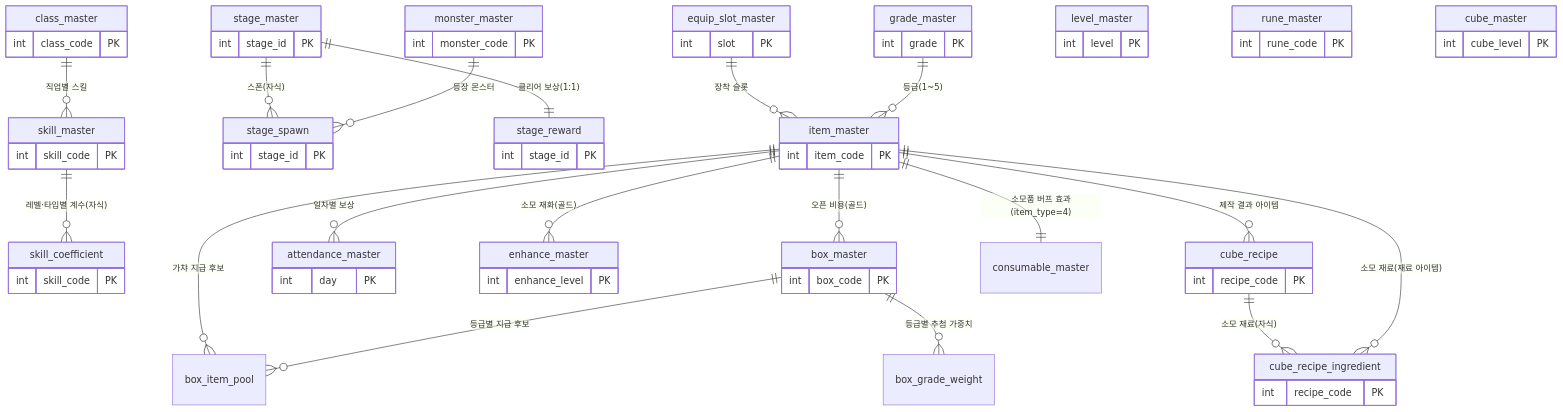
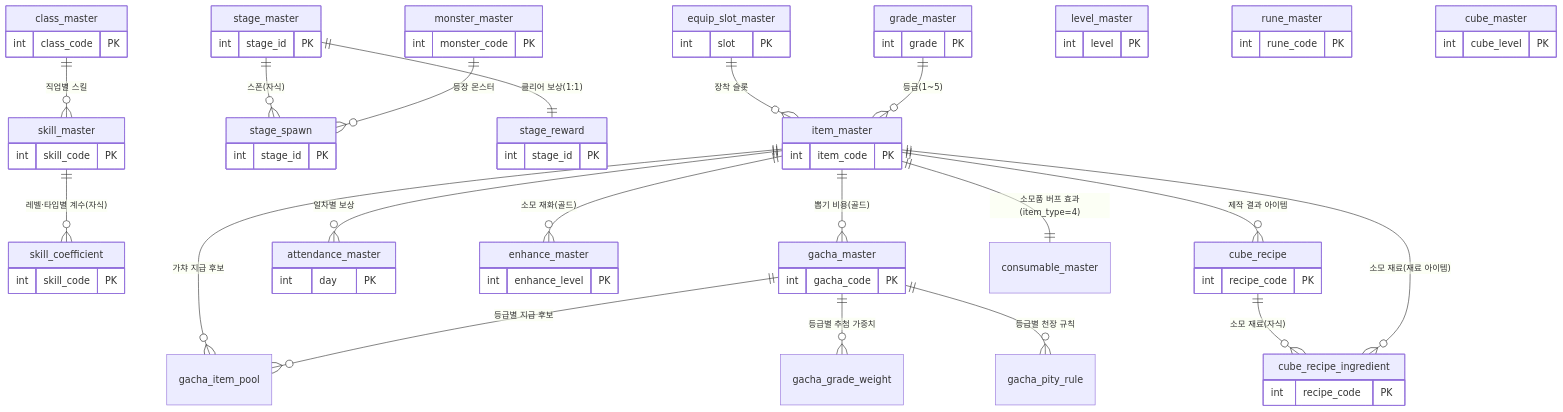
The diagram in docs/세부/master-data/master-data-기획서.md (ks-wook/com2us-taskbar-hero), drawn with Mermaid before and after one commit. The commit also changed other lines of this file and 13 other files, not shown here.

````diff
--- a/docs/세부/master-data/master-data-기획서.md
+++ b/docs/세부/master-data/master-data-기획서.md
@@ -61,39 +61,40 @@
 ```mermaid
 erDiagram
     class_master     ||--o{ skill_master      : "직업별 스킬"
     skill_master     ||--o{ skill_coefficient : "레벨·타입별 계수(자식)"
     stage_master     ||--o{ stage_spawn        : "스폰(자식)"
     monster_master   ||--o{ stage_spawn        : "등장 몬스터"
     stage_master     ||--|| stage_reward       : "클리어 보상(1:1)"
-    item_master      ||--o{ box_item_pool      : "가챠 지급 후보"
-    box_master       ||--o{ box_grade_weight   : "등급별 추첨 가중치"
-    box_master       ||--o{ box_item_pool      : "등급별 지급 후보"
+    item_master      ||--o{ gacha_item_pool    : "가챠 지급 후보"
+    gacha_master     ||--o{ gacha_grade_weight : "등급별 추첨 가중치"
+    gacha_master     ||--o{ gacha_item_pool    : "등급별 지급 후보"
+    gacha_master     ||--o{ gacha_pity_rule    : "등급별 천장 규칙"
     item_master      ||--o{ attendance_master  : "일차별 보상"
     equip_slot_master||--o{ item_master        : "장착 슬롯"
     grade_master     ||--o{ item_master        : "등급(1~5)"
     item_master      ||--o{ enhance_master     : "소모 재화(골드)"
-    item_master      ||--o{ box_master         : "오픈 비용(골드)"
+    item_master      ||--o{ gacha_master       : "뽑기 비용(골드)"
     cube_recipe      ||--o{ cube_recipe_ingredient : "소모 재료(자식)"
     item_master      ||--o{ cube_recipe        : "제작 결과 아이템"
     item_master      ||--o{ cube_recipe_ingredient : "소모 재료(재료 아이템)"
     item_master      ||--|| consumable_master  : "소모품 버프 효과(item_type=4)"
 
     class_master { int class_code PK }
     level_master { int level PK }
     item_master { int item_code PK }
     equip_slot_master { int slot PK }
     grade_master { int grade PK }
     enhance_master { int enhance_level PK }
     skill_master { int skill_code PK }
     skill_coefficient { int skill_code PK }
     rune_master { int rune_code PK }
     monster_master { int monster_code PK }
     stage_master { int stage_id PK }
     stage_spawn { int stage_id PK }
     stage_reward { int stage_id PK }
     cube_master { int cube_level PK }
     cube_recipe { int recipe_code PK }
     cube_recipe_ingredient { int recipe_code PK }
-    box_master { int box_code PK }
+    gacha_master { int gacha_code PK }
     attendance_master { int day PK }
 ```
````
